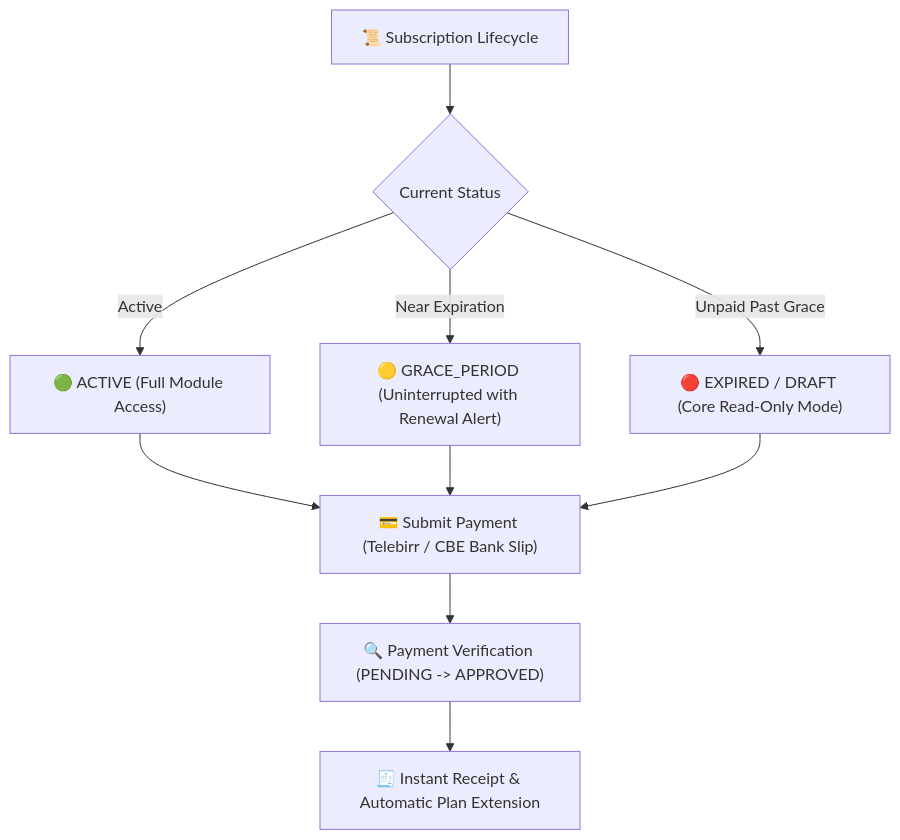
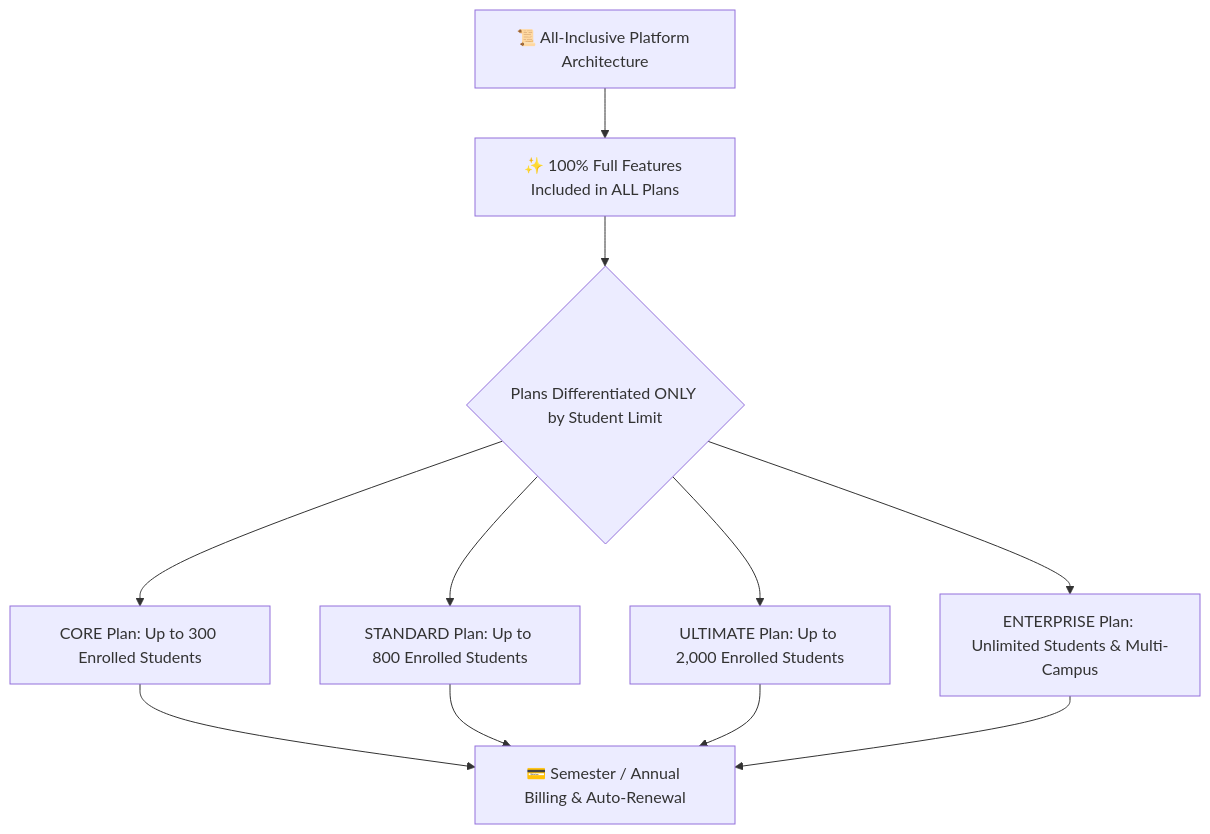
The diagram in content/2.director/8.subscription-billing.md (usman1121/YeneSchool-Documentation), drawn with Mermaid before and after one commit. The commit also changed other lines of this file, not shown here.

Commit message:
docs(subscription): correct plan pricing model to reflect all-inclusive feature parity with student capacity limits

````diff
--- a/content/2.director/8.subscription-billing.md
+++ b/content/2.director/8.subscription-billing.md
@@ -14,10 +14,10 @@
 ```mermaid
 flowchart TD
-    A["📜 Subscription Lifecycle"] --> B{"Current Status"}
-    B -- Active --> C["🟢 ACTIVE (Full Module Access)"]
-    B -- Near Expiration --> D["🟡 GRACE_PERIOD (Uninterrupted with Renewal Alert)"]
-    B -- Unpaid Past Grace --> E["🔴 EXPIRED / DRAFT (Core Read-Only Mode)"]
-    C & D & E --> F["💳 Submit Payment (Telebirr / CBE Bank Slip)"]
-    F --> G["🔍 Payment Verification (PENDING -> APPROVED)"]
-    G --> H["🧾 Instant Receipt & Automatic Plan Extension"]
+    A["📜 All-Inclusive Platform Architecture"] --> B["✨ 100% Full Features Included in ALL Plans"]
+    B --> C{"Plans Differentiated ONLY by Student Limit"}
+    C --> D["CORE Plan: Up to 300 Enrolled Students"]
+    C --> E["STANDARD Plan: Up to 800 Enrolled Students"]
+    C --> F["ULTIMATE Plan: Up to 2,000 Enrolled Students"]
+    C --> G["ENTERPRISE Plan: Unlimited Students & Multi-Campus"]
+    D & E & F & G --> H["💳 Semester / Annual Billing & Auto-Renewal"]
 ```
````
